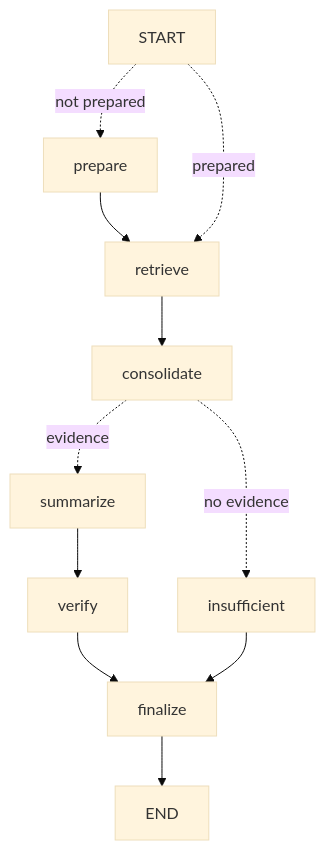
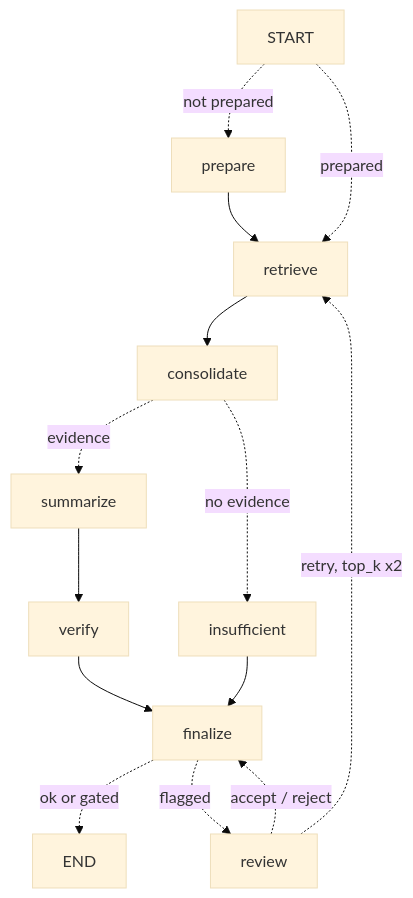
Before and after one commit to zhiwei-zhiwei/definition_finder: the diagram in CLAUDE.md, drawn with Mermaid (base theme). The commit also changed other lines of this file, not shown here.

First line of the commit message:
Document the review pause and the checkpoint store

````diff
--- a/CLAUDE.md
+++ b/CLAUDE.md
@@ -90,9 +91,12 @@
 ```mermaid
 graph TD
   START -.not prepared.-> prepare --> retrieve
   START -.prepared.-> retrieve
   retrieve --> consolidate
   consolidate -.evidence.-> summarize --> verify --> finalize
   consolidate -.no evidence.-> insufficient --> finalize
-  finalize --> END
+  finalize -.ok or gated.-> END
+  finalize -.flagged.-> review
+  review -.accept / reject.-> finalize
+  review -.retry, top_k x2.-> retrieve
 ```
````
